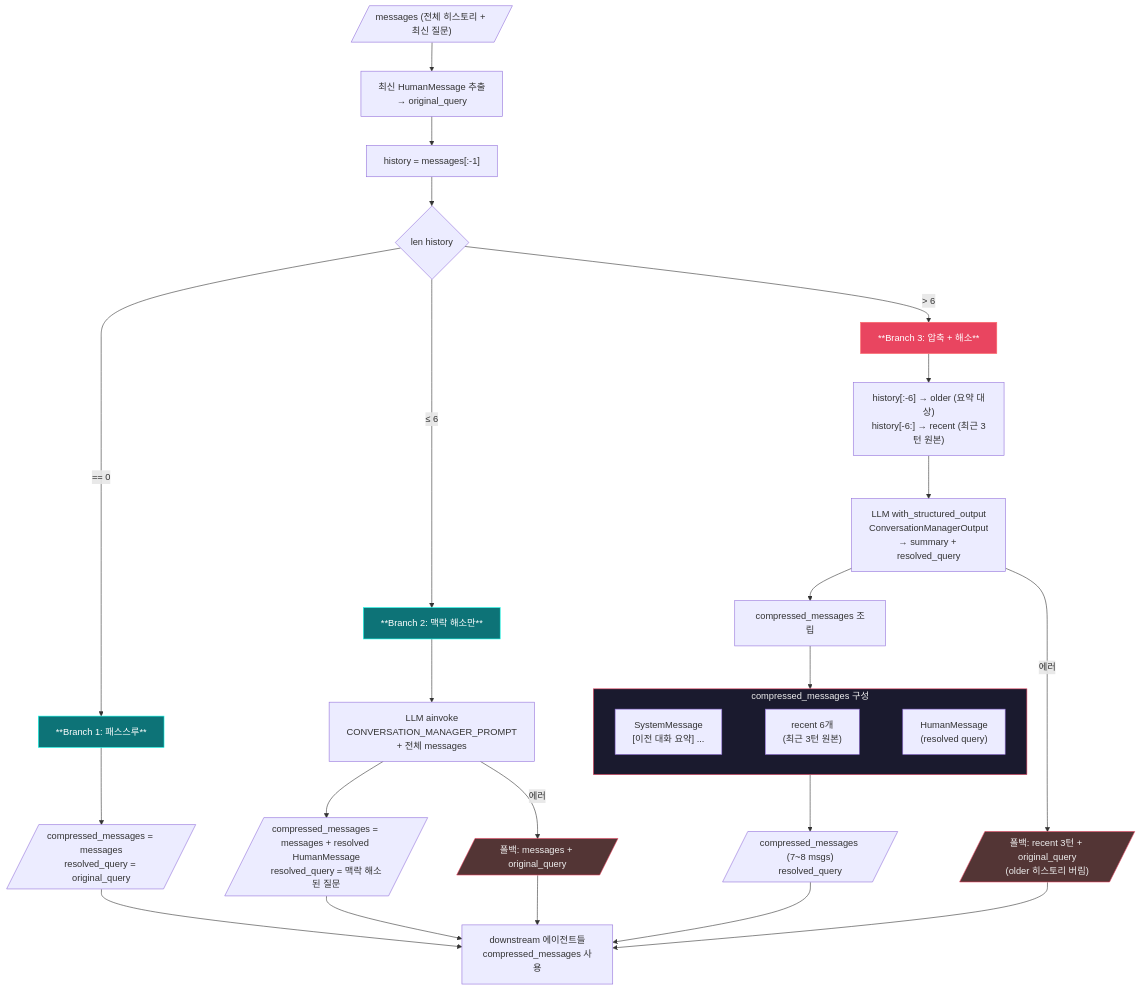
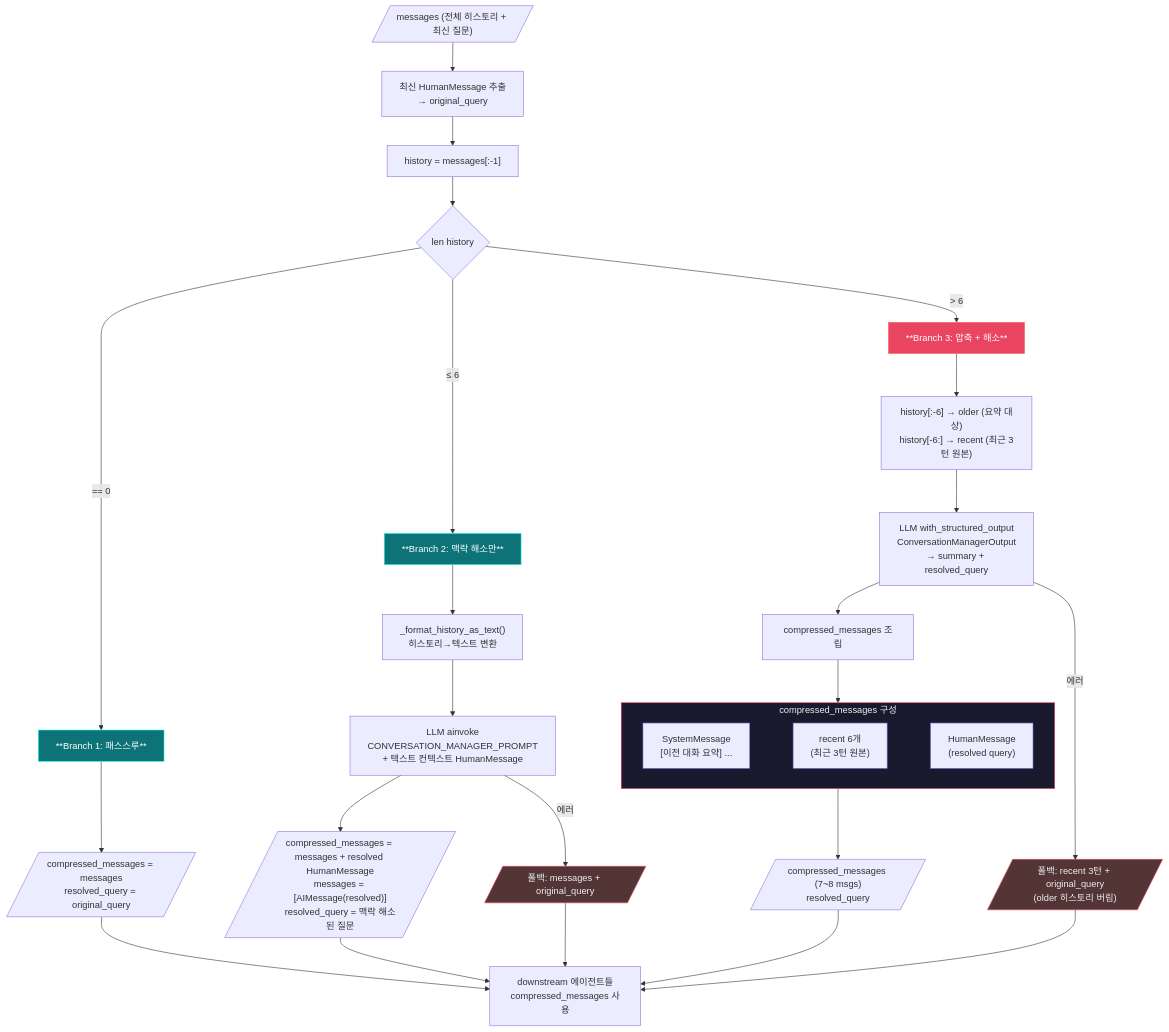
One commit to Hyun-Jun-Lee/mma-savant changed the second of 3 diagrams in docs/DATA_FLOW.md. Above: the diagram before and after it, drawn with Mermaid. The commit also changed other lines of this file and 2 other files, not shown here.

First line of the commit message:
docs: update architecture docs for rule-based visualization and SQL context

````diff
--- a/docs/DATA_FLOW.md
+++ b/docs/DATA_FLOW.md
@@ -88,47 +88,48 @@
 ```mermaid
 flowchart TD
     INPUT[/"messages (전체 히스토리 + 최신 질문)"/]
     INPUT --> EXTRACT["최신 HumanMessage 추출<br/>→ original_query"]
     EXTRACT --> SPLIT["history = messages[:-1]"]
 
     SPLIT --> CHECK{len history}
 
     CHECK -- "== 0" --> B1["**Branch 1: 패스스루**"]
     CHECK -- "≤ 6" --> B2["**Branch 2: 맥락 해소만**"]
     CHECK -- "> 6" --> B3["**Branch 3: 압축 + 해소**"]
 
     B1 --> OUT1[/"compressed_messages = messages<br/>resolved_query = original_query"/]
 
-    B2 --> LLM1["LLM ainvoke<br/>CONVERSATION_MANAGER_PROMPT<br/>+ 전체 messages"]
-    LLM1 --> OUT2[/"compressed_messages = messages + resolved HumanMessage<br/>resolved_query = 맥락 해소된 질문"/]
+    B2 --> FMT["_format_history_as_text()<br/>히스토리→텍스트 변환"]
+    FMT --> LLM1["LLM ainvoke<br/>CONVERSATION_MANAGER_PROMPT<br/>+ 텍스트 컨텍스트 HumanMessage"]
+    LLM1 --> OUT2[/"compressed_messages = messages + resolved HumanMessage<br/>messages = [AIMessage(resolved)]<br/>resolved_query = 맥락 해소된 질문"/]
 
     B3 --> SLICE["history[:-6] → older (요약 대상)<br/>history[-6:] → recent (최근 3턴 원본)"]
     SLICE --> LLM2["LLM with_structured_output<br/>ConversationManagerOutput<br/>→ summary + resolved_query"]
     LLM2 --> ASSEMBLE["compressed_messages 조립"]
 
     subgraph ASSEMBLE_DETAIL["compressed_messages 구성"]
         direction LR
         S1["SystemMessage<br/>[이전 대화 요약] ..."] ~~~ S2["recent 6개<br/>(최근 3턴 원본)"] ~~~ S3["HumanMessage<br/>(resolved query)"]
     end
 
     ASSEMBLE --> ASSEMBLE_DETAIL
     ASSEMBLE_DETAIL --> OUT3[/"compressed_messages (7~8 msgs)<br/>resolved_query"/]
 
     LLM1 -- "에러" --> FB2[/"폴백: messages + original_query"/]
     LLM2 -- "에러" --> FB3[/"폴백: recent 3턴 + original_query<br/>(older 히스토리 버림)"/]
 
     OUT1 --> DOWNSTREAM
     OUT2 --> DOWNSTREAM
     OUT3 --> DOWNSTREAM
     FB2 --> DOWNSTREAM
     FB3 --> DOWNSTREAM
 
     DOWNSTREAM["downstream 에이전트들<br/>compressed_messages 사용"]
 
     style B1 fill:#0d7377,stroke:#14ffec,color:#fff
     style B2 fill:#0d7377,stroke:#14ffec,color:#fff
     style B3 fill:#e94560,stroke:#ff6b6b,color:#fff
     style ASSEMBLE_DETAIL fill:#1a1a2e,stroke:#e94560,color:#eee
     style FB2 fill:#533535,stroke:#e94560,color:#eee
     style FB3 fill:#533535,stroke:#e94560,color:#eee
 ```
````
